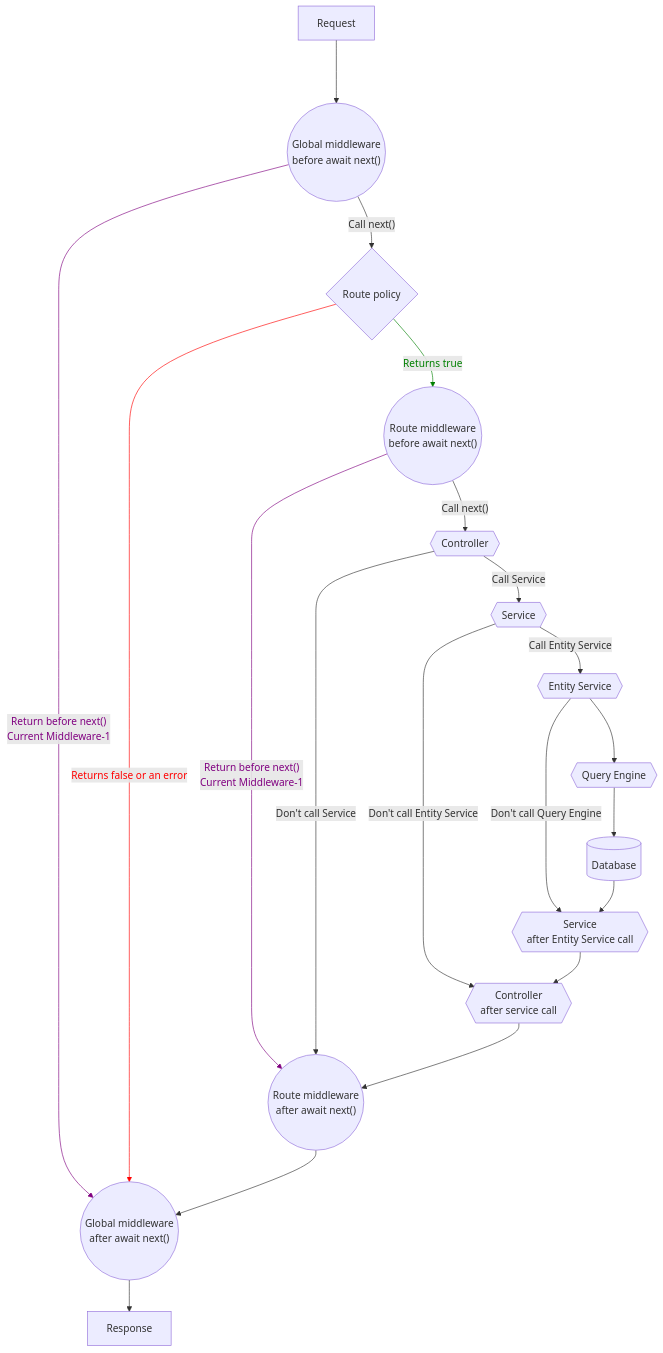
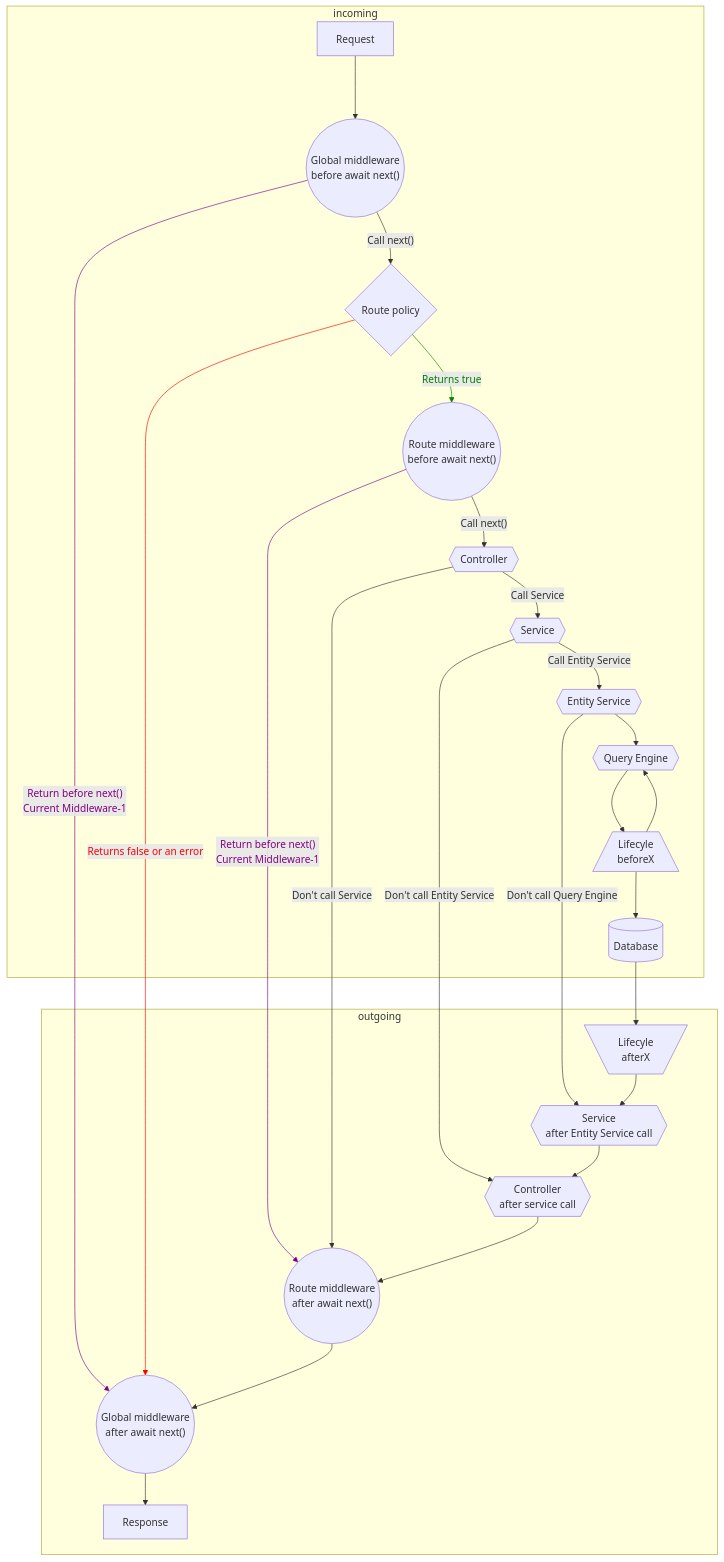
One commit to strapi/documentation changed the diagram in docusaurus/docs/dev-docs/backend-customization.md. Above: the diagram before and after it, drawn with Mermaid.

Commit message:
add lifecyles

````diff
--- a/docusaurus/docs/dev-docs/backend-customization.md
+++ b/docusaurus/docs/dev-docs/backend-customization.md
@@ -40,40 +40,66 @@
 ```mermaid
 graph TB
-
+    subgraph incoming
+        request
+        globalMiddlewareA
+        routePolicy
+        routeMiddlewareA
+        controllerA
+        serviceA
+        entityService
+        lifecyclesBefore
+        queryEngine
+        database
+    end
+    subgraph outgoing
+        lifecyclesAfter
+        serviceB
+        controllerB
+        routeMiddlewareB
+        globalMiddlewareB
+        response
+    end
     request[Request] ---> globalMiddlewareA(("Global middleware<br/>before await next()"))
     globalMiddlewareA --"Call next()"--> routePolicy{Route policy}
     globalMiddlewareA --"Return before next()<br> Current Middleware-1"-->globalMiddlewareB
     routePolicy --Returns true--> routeMiddlewareA(("Route middleware<br/>before await next()"))
     routePolicy --Returns false or an error-->globalMiddlewareB
     routeMiddlewareA --"Return before next()<br> Current Middleware-1"-->routeMiddlewareB
     routeMiddlewareA --"Call next()"--> controllerA{{Controller}}
-    controllerA --"Call Service"--> service{{Service}}
+    controllerA --"Call Service"--> serviceA{{Service}}
     controllerA --"Don't call Service" --> routeMiddlewareB
-    service --"Call Entity Service" --> entityService{{Entity Service}}
-    service --"Don't call Entity Service" --> controllerB
-    entityService --> queryEngineA{{Query Engine}}
-    entityService --"Don't call Query Engine" --> ServiceB
-    queryEngineA --> database[(Database)]
-    database --> ServiceB{{"Service<br/>after Entity Service call"}}
-    ServiceB --> controllerB{{"Controller<br/>after service call"}}
+    serviceA --"Call Entity Service" --> entityService{{Entity Service}}
+    serviceA --"Don't call Entity Service" --> controllerB
+    entityService --> queryEngine
+    lifecyclesBefore --> queryEngine{{Query Engine}}
+    entityService --"Don't call Query Engine" --> serviceB
+    queryEngine --> lifecyclesBefore[/Lifecyle<br> beforeX\] 
+    lifecyclesBefore[/Lifecyle<br> beforeX\] --> database[(Database)]
+    database --> lifecyclesAfter[\Lifecyle<br> afterX/]
+    lifecyclesAfter --> serviceB{{"Service<br/>after Entity Service call"}}
+    serviceB --> controllerB{{"Controller<br/>after service call"}}
     controllerB --> routeMiddlewareB(("Route middleware<br/>after await next()"))
     routeMiddlewareB --> globalMiddlewareB(("Global middleware<br/>after await next()"))
     globalMiddlewareB --> response[Response]
 
     linkStyle 3 stroke:green,color:green
     linkStyle 4 stroke:red,color:red
     linkStyle 2 stroke:purple,color:purple
     linkStyle 5 stroke:purple,color:purple
 
+    click request "/dev-docs/backend-customization/requests-responses"
     click globalMiddlewareA "/dev-docs/backend-customization/middlewares"
     click globalMiddlewareB "/dev-docs/backend-customization/middlewares"
-    click request "/dev-docs/backend-customization/requests-responses"
     click routePolicy "/dev-docs/backend-customization/routes"
     click routeMiddlewareA "/dev-docs/backend-customization/routes#middlewares"
     click routeMiddlewareB "/dev-docs/backend-customization/routes#middlewares"
-    click controllerServices "/dev-docs/backend-customization/controllers"
-    click globalMiddlewareB "/dev-docs/backend-customization/middlewares"
+    click controllerA "/dev-docs/backend-customization/controllers"
+    click controllerB "/dev-docs/backend-customization/controllers"
+    click serviceA "/dev-docs/backend-customization/services"
+    click serviceB "/dev-docs/backend-customization/services"
     click entityService "/dev-docs/api/entity-service/"
+    click lifecyclesBefore "/dev-docs/backend-customization/models#lifecycle-hooks"
     click queryEngine "/dev-docs/api/query-engine/"
+    click lifecyclesAfter "/dev-docs/backend-customization/models#lifecycle-hooks"
     click response "/dev-docs/backend-customization/requests-responses"
 ```
````
